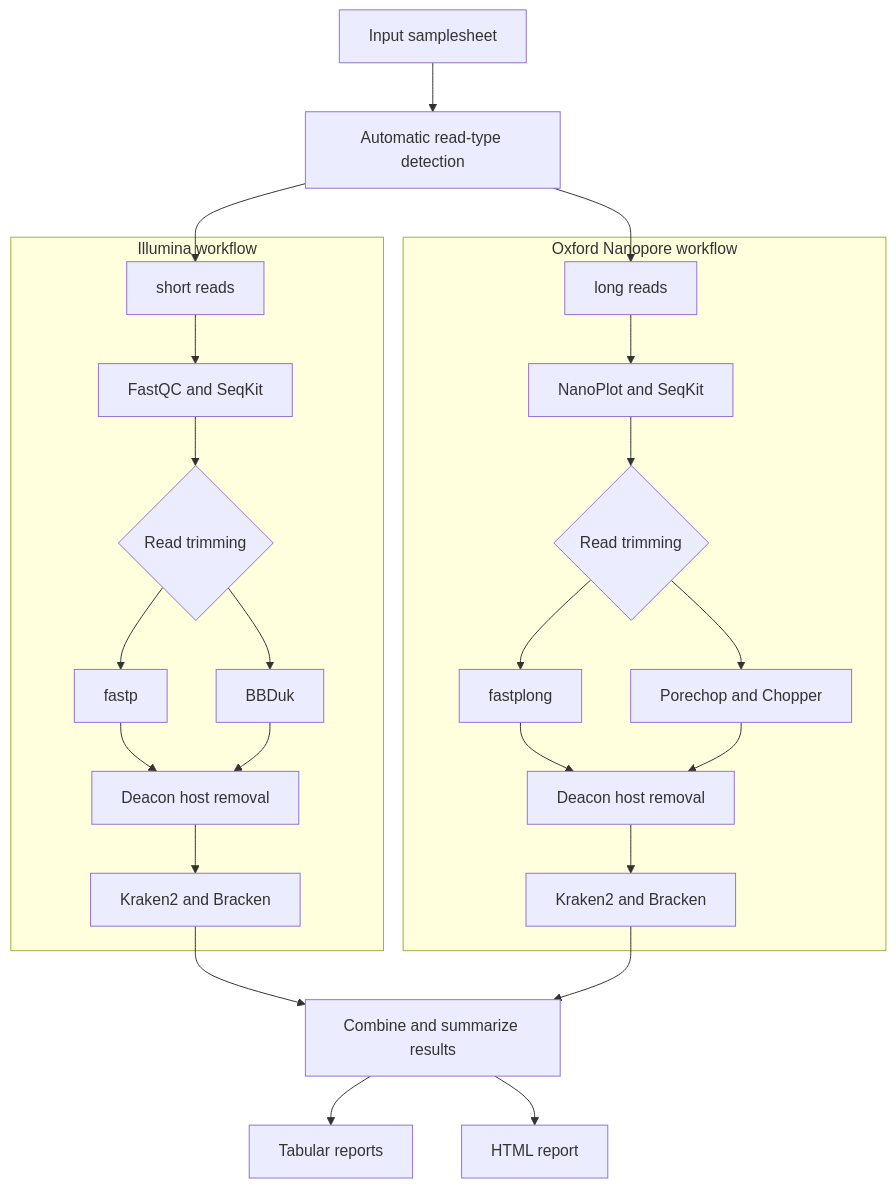
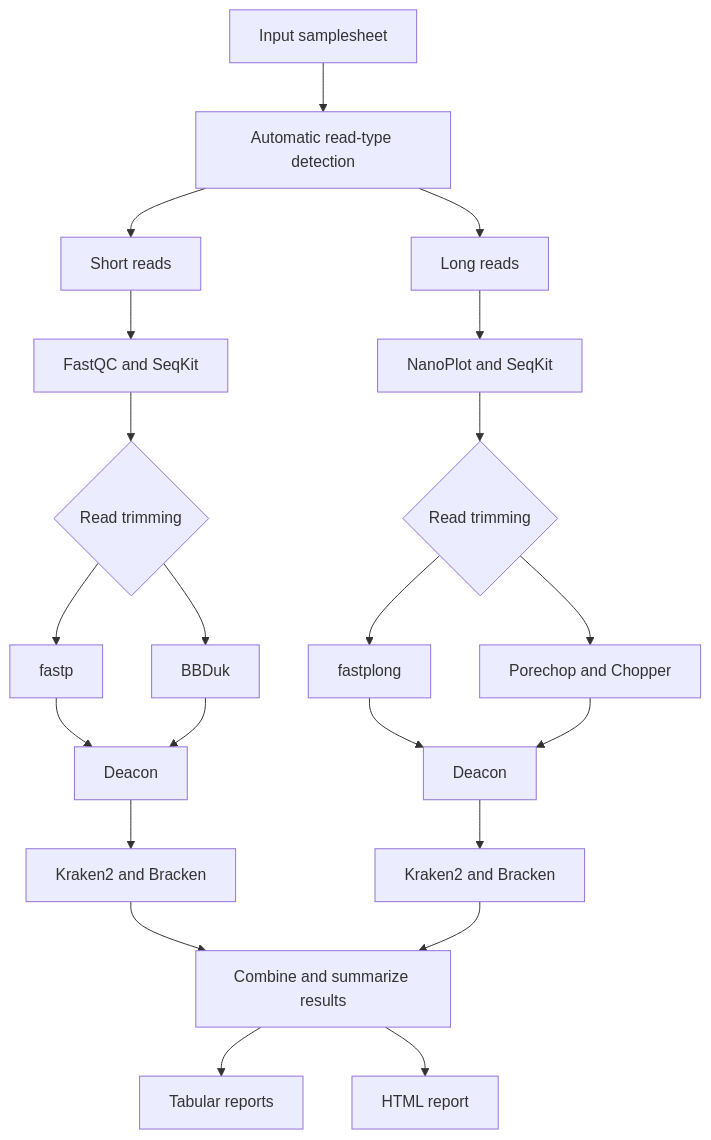
Before and after one commit to xiaoli-dong/nf-qcflow: the diagram in README.md, drawn with Mermaid.

Commit message:
Update workflow diagram in README.md

````diff
--- a/README.md
+++ b/README.md
@@ -15,33 +15,28 @@
 ```mermaid
-flowchart TD
+flowchart TB
     A["Input samplesheet"] --> B["Automatic read-type detection"]
 
-    B --> C["short reads"]
-    B --> D["long reads"]
+    B --> C["Short reads"]
+    C --> D["FastQC and SeqKit"]
+    D --> E{"Read trimming"}
+    E --> F["fastp"]
+    E --> G["BBDuk"]
+    F --> H["Deacon"]
+    G --> H
+    H --> I["Kraken2 and Bracken"]
 
-    subgraph SHORT["Illumina workflow"]
-        C --> E["FastQC and SeqKit"]
-        E --> F{"Read trimming"}
-        F --> G["fastp"]
-        F --> H["BBDuk"]
-        G --> I["Deacon host removal"]
-        H --> I
-        I --> J["Kraken2 and Bracken"]
-    end
+    B --> J["Long reads"]
+    J --> K["NanoPlot and SeqKit"]
+    K --> L{"Read trimming"}
+    L --> M["fastplong"]
+    L --> N["Porechop and Chopper"]
+    M --> O["Deacon"]
+    N --> O
+    O --> P["Kraken2 and Bracken"]
 
-    subgraph LONG["Oxford Nanopore workflow"]
-        D --> K["NanoPlot and SeqKit"]
-        K --> L{"Read trimming"}
-        L --> M["fastplong"]
-        L --> N["Porechop and Chopper"]
-        M --> O["Deacon host removal"]
-        N --> O
-        O --> P["Kraken2 and Bracken"]
-    end
-
-    J --> Q["Combine and summarize results"]
+    I --> Q["Combine and summarize results"]
     P --> Q
 
     Q --> R["Tabular reports"]
     Q --> S["HTML report"]
 ```
````
